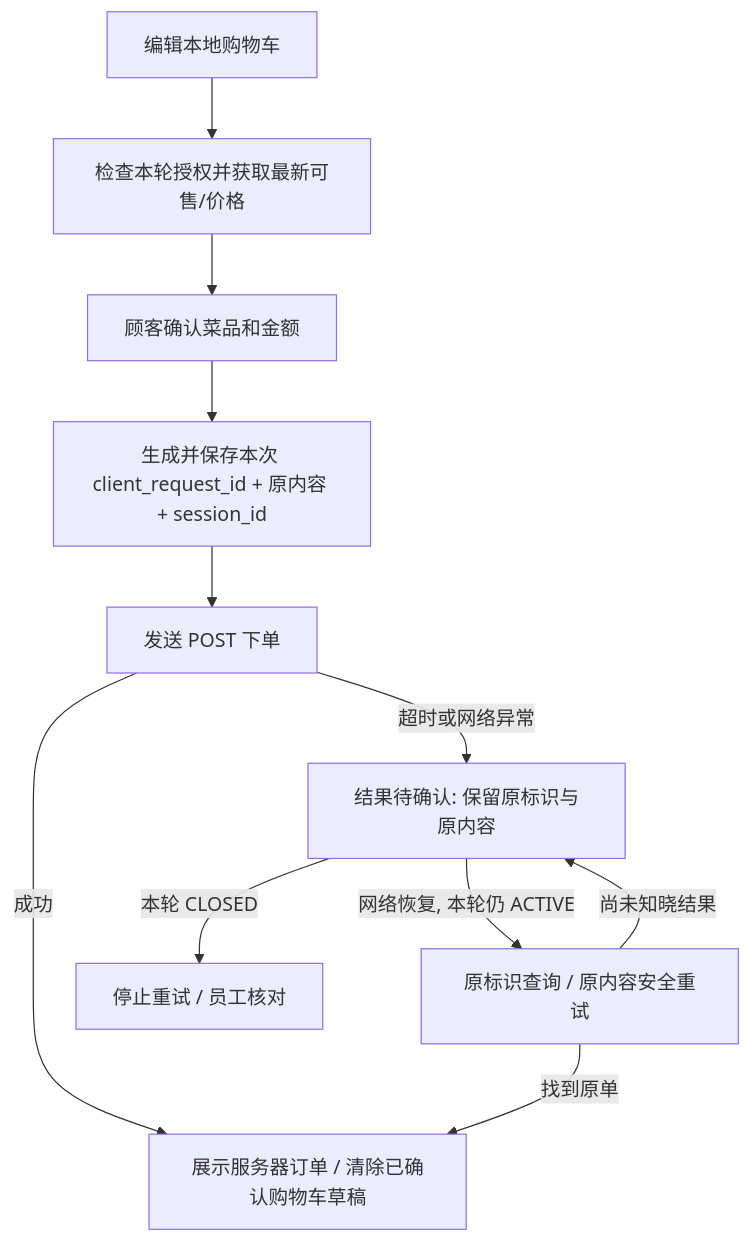
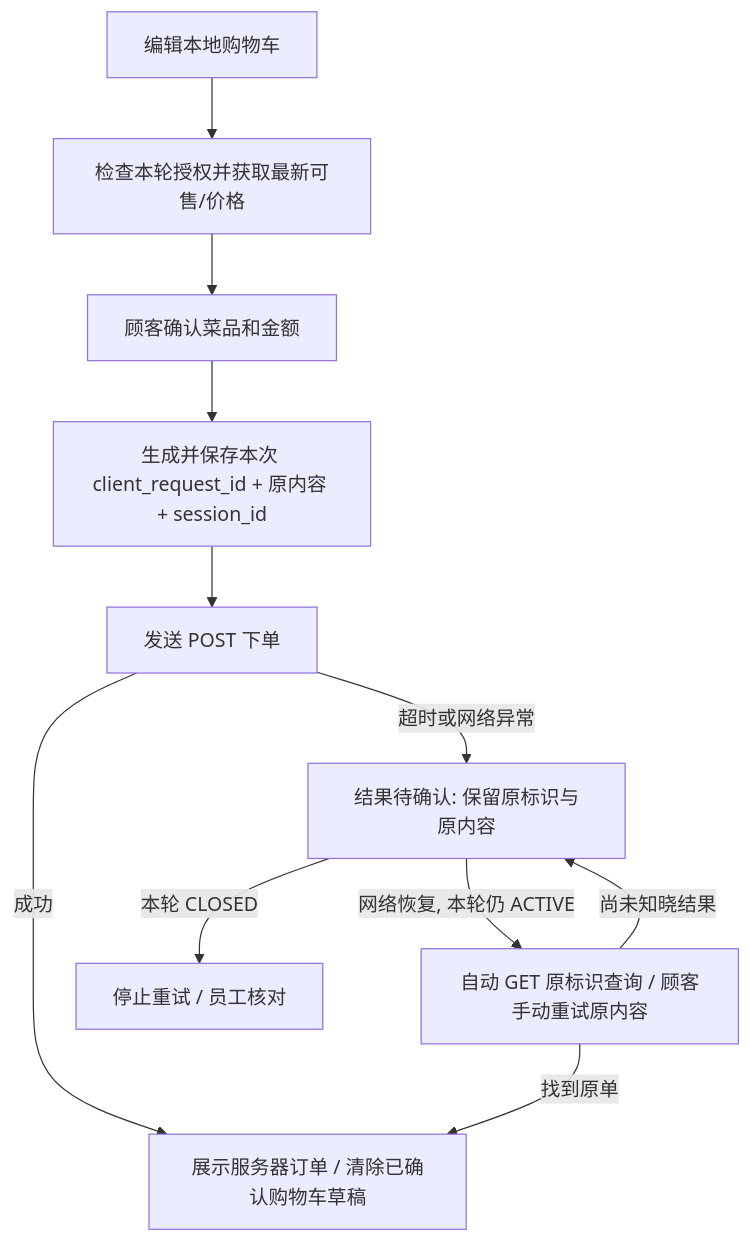
The second of 2 diagrams in docs/tavoloflow_mvp_prd_11_simplified.md (lorenzoyang/TavoloFlow), drawn with Mermaid before and after one commit. The commit also changed other lines of this file and 27 other files, not shown here.

````diff
--- a/docs/tavoloflow_mvp_prd_11_simplified.md
+++ b/docs/tavoloflow_mvp_prd_11_simplified.md
@@ -201,13 +203,13 @@
 ```mermaid
 flowchart TD
   A[编辑本地购物车] --> B[检查本轮授权并获取最新可售/价格]
   B --> C[顾客确认菜品和金额]
   C --> D[生成并保存本次 client_request_id + 原内容 + session_id]
   D --> E[发送 POST 下单]
   E -->|成功| F[展示服务器订单 / 清除已确认购物车草稿]
   E -->|超时或网络异常| G[结果待确认: 保留原标识与原内容]
-  G -->|网络恢复, 本轮仍 ACTIVE| H[原标识查询 / 原内容安全重试]
+  G -->|网络恢复, 本轮仍 ACTIVE| H[自动 GET 原标识查询 / 顾客手动重试原内容]
   H -->|找到原单| F
   H -->|尚未知晓结果| G
   G -->|本轮 CLOSED| I[停止重试 / 员工核对]
 ```
````
